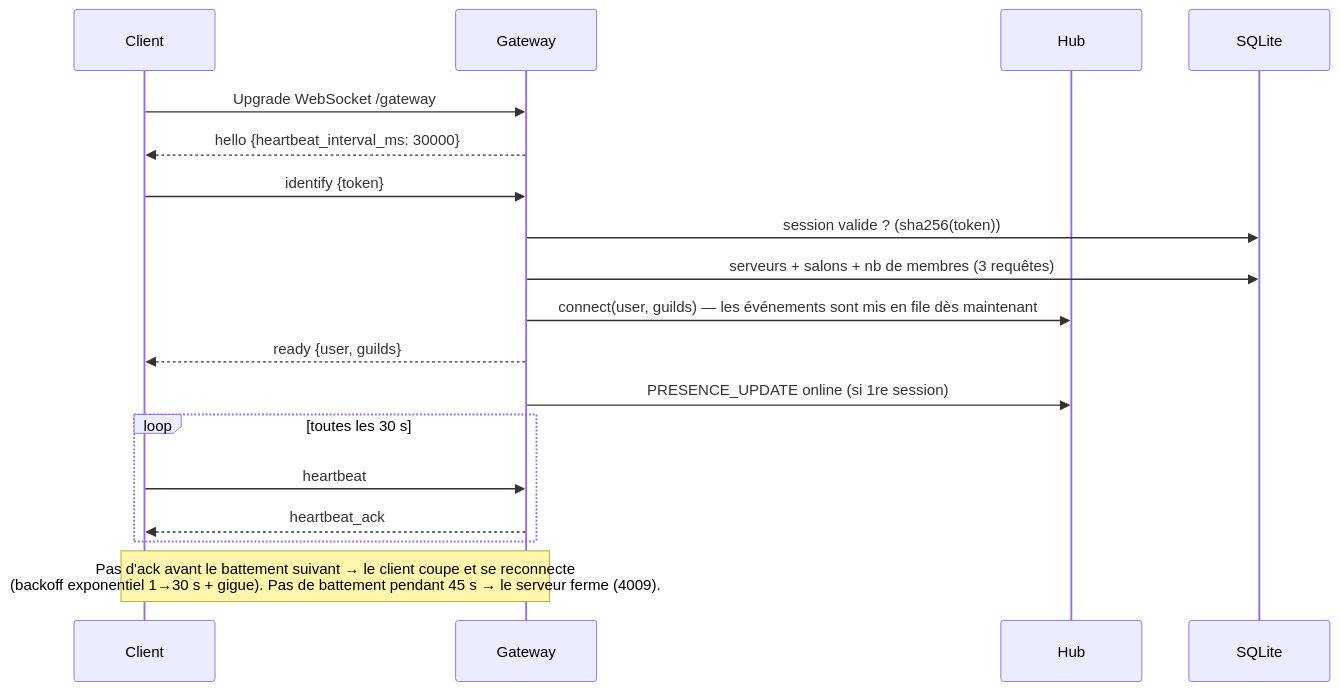
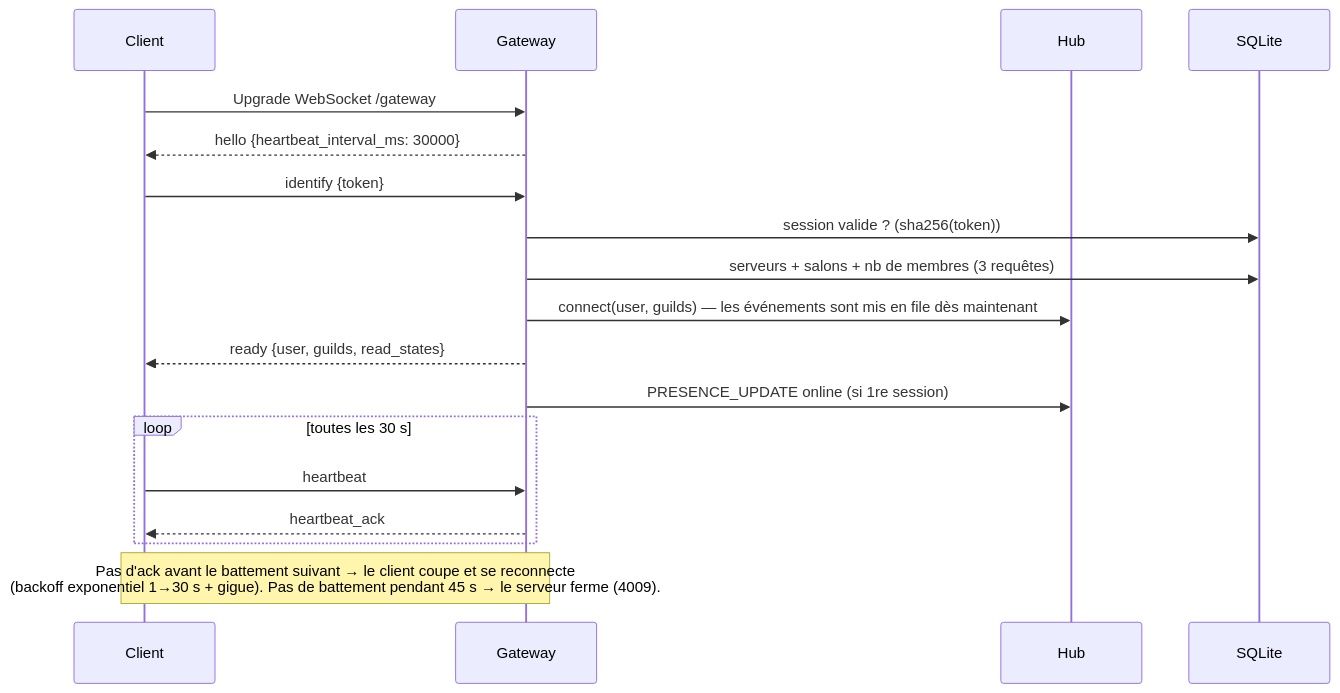
The second of 4 diagrams in docs/ARCHITECTURE.md (DonRosio/plume-lite), drawn with Mermaid before and after one commit. The commit also changed other lines of this file and 20 other files, not shown here.

````diff
--- a/docs/ARCHITECTURE.md
+++ b/docs/ARCHITECTURE.md
@@ -121,20 +121,20 @@
 ```mermaid
 sequenceDiagram
     participant C as Client
     participant G as Gateway
     participant H as Hub
     participant DB as SQLite
     C->>G: Upgrade WebSocket /gateway
     G-->>C: hello {heartbeat_interval_ms: 30000}
     C->>G: identify {token}
     G->>DB: session valide ? (sha256(token))
     G->>DB: serveurs + salons + nb de membres (3 requêtes)
     G->>H: connect(user, guilds) — les événements sont mis en file dès maintenant
-    G-->>C: ready {user, guilds}
+    G-->>C: ready {user, guilds, read_states}
     G->>H: PRESENCE_UPDATE online (si 1re session)
     loop toutes les 30 s
         C->>G: heartbeat
         G-->>C: heartbeat_ack
     end
     Note over C,G: Pas d'ack avant le battement suivant → le client coupe et se reconnecte<br/>(backoff exponentiel 1→30 s + gigue). Pas de battement pendant 45 s → le serveur ferme (4009).
 ```
````
